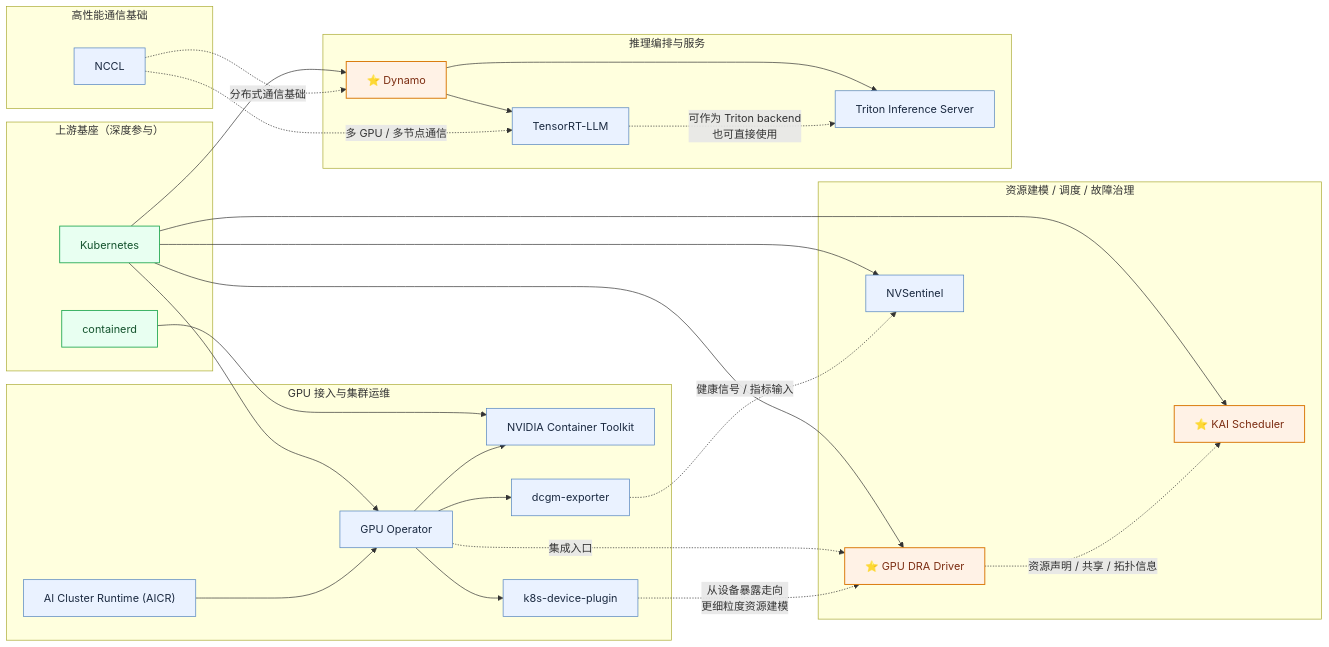
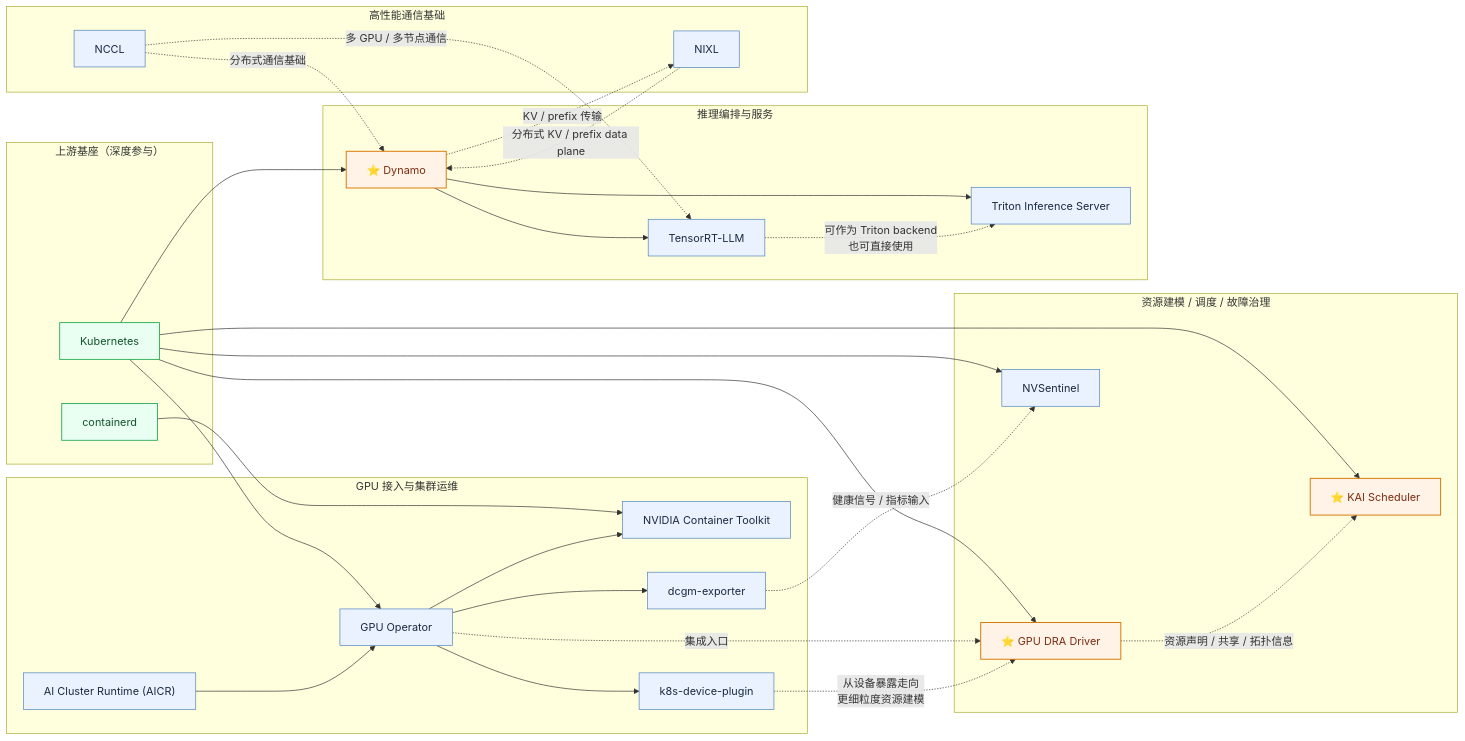
Before and after one commit to pacoxu/AI-Infra: the diagram in case-study/nvidia.md, drawn with Mermaid. The commit also changed other lines of this file and 3 other files, not shown here.

````diff
--- a/case-study/nvidia.md
+++ b/case-study/nvidia.md
@@ -10,68 +10,71 @@
 ```mermaid
 flowchart LR
   subgraph UP["上游基座（深度参与）"]
     K8S["Kubernetes"]
     CTD["containerd"]
   end
 
   subgraph OPS["GPU 接入与集群运维"]
     GPO["GPU Operator"]
     CTK["NVIDIA Container Toolkit"]
     KDP["k8s-device-plugin"]
     DCGM["dcgm-exporter"]
     AICR["AI Cluster Runtime (AICR)"]
   end
 
   subgraph RES["资源建模 / 调度 / 故障治理"]
     DRA["⭐ GPU DRA Driver"]
     KAI["⭐ KAI Scheduler"]
     NVS["NVSentinel"]
   end
 
   subgraph SERVE["推理编排与服务"]
     DYN["⭐ Dynamo"]
     TRT["TensorRT-LLM"]
     TRITON["Triton Inference Server"]
   end
 
   subgraph COMM["高性能通信基础"]
+    NIXL["NIXL"]
     NCCL["NCCL"]
   end
 
   %% foundation
   K8S --> GPO
   K8S --> DRA
   K8S --> KAI
   K8S --> NVS
   K8S --> DYN
   CTD --> CTK
 
   %% ops layer
   GPO --> CTK
   GPO --> KDP
   GPO --> DCGM
   AICR --> GPO
   GPO -. "集成入口" .-> DRA
 
   %% resource / scheduling / remediation
   KDP -. "从设备暴露走向\n更细粒度资源建模" .-> DRA
   DRA -. "资源声明 / 共享 / 拓扑信息" .-> KAI
   DCGM -. "健康信号 / 指标输入" .-> NVS
 
   %% serving
   DYN --> TRT
   DYN --> TRITON
+  DYN -. "KV / prefix 传输" .-> NIXL
   TRT -. "可作为 Triton backend\n也可直接使用" .-> TRITON
 
   %% comms
+  NIXL -. "分布式 KV / prefix data plane" .-> DYN
   NCCL -. "多 GPU / 多节点通信" .-> TRT
   NCCL -. "分布式通信基础" .-> DYN
 
   classDef star fill:#fff2e6,stroke:#d97706,color:#7c2d12,stroke-width:1.4px;
   classDef normal fill:#eaf2ff,stroke:#4f81bd,color:#1b2a41,stroke-width:1px;
   classDef base fill:#e8fff1,stroke:#16a34a,color:#14532d,stroke-width:1.2px;
 
   class KAI,DRA,DYN star;
-  class GPO,CTK,KDP,DCGM,AICR,NVS,TRT,TRITON,NCCL normal;
+  class GPO,CTK,KDP,DCGM,AICR,NVS,TRT,TRITON,NIXL,NCCL normal;
   class K8S,CTD base;
 ```
````
